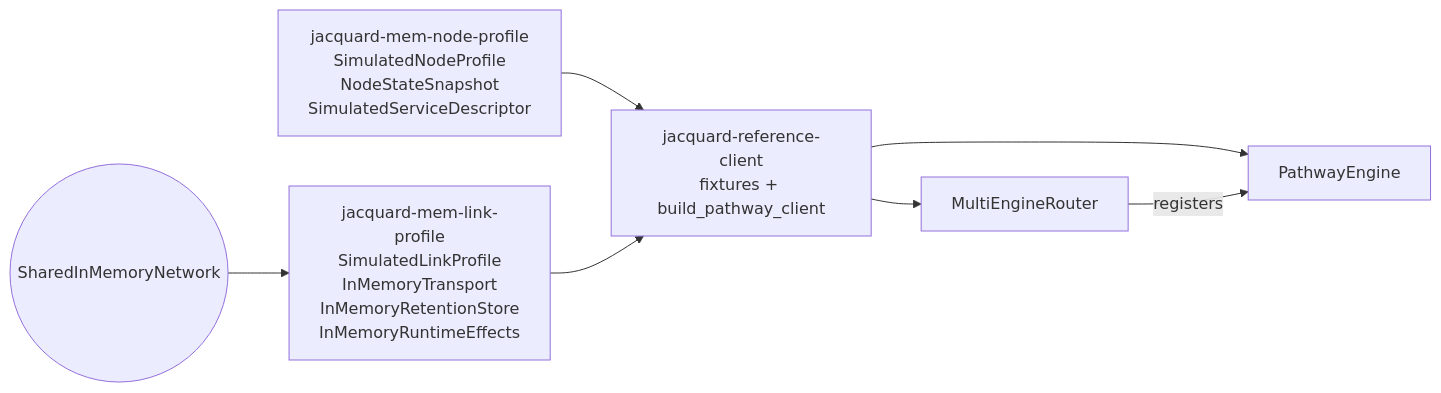
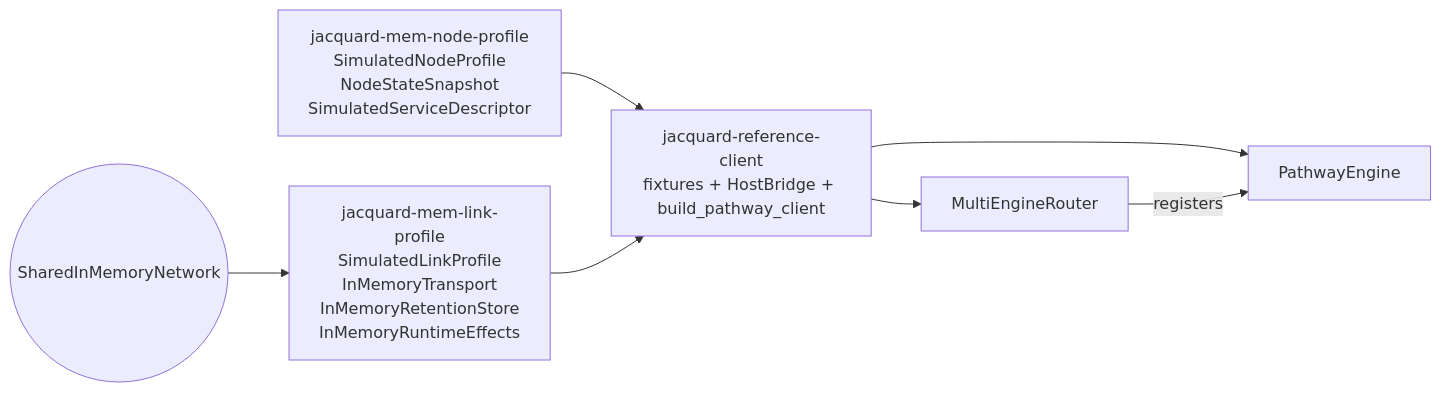
One commit to hxrts/jacquard changed the diagram in docs/403_profile_reference.md. Above: the diagram before and after it, drawn with Mermaid. The commit also changed other lines of this file and 14 other files, not shown here.

Commit message:
Add reference host bridge for router rounds

````diff
--- a/docs/403_profile_reference.md
+++ b/docs/403_profile_reference.md
@@ -25,16 +25,16 @@
 ```mermaid
 graph LR
   NodeProfile[jacquard-mem-node-profile<br/>SimulatedNodeProfile<br/>NodeStateSnapshot<br/>SimulatedServiceDescriptor]
   LinkProfile[jacquard-mem-link-profile<br/>SimulatedLinkProfile<br/>InMemoryTransport<br/>InMemoryRetentionStore<br/>InMemoryRuntimeEffects]
   Network((SharedInMemoryNetwork))
-  Ref[jacquard-reference-client<br/>fixtures + build_pathway_client]
+  Ref[jacquard-reference-client<br/>fixtures + HostBridge + build_pathway_client]
   Router[MultiEngineRouter]
   Mesh[PathwayEngine]
 
   NodeProfile --> Ref
   LinkProfile --> Ref
   Network --> LinkProfile
   Ref --> Router
   Ref --> Mesh
   Router -- registers --> Mesh
 ```
````
